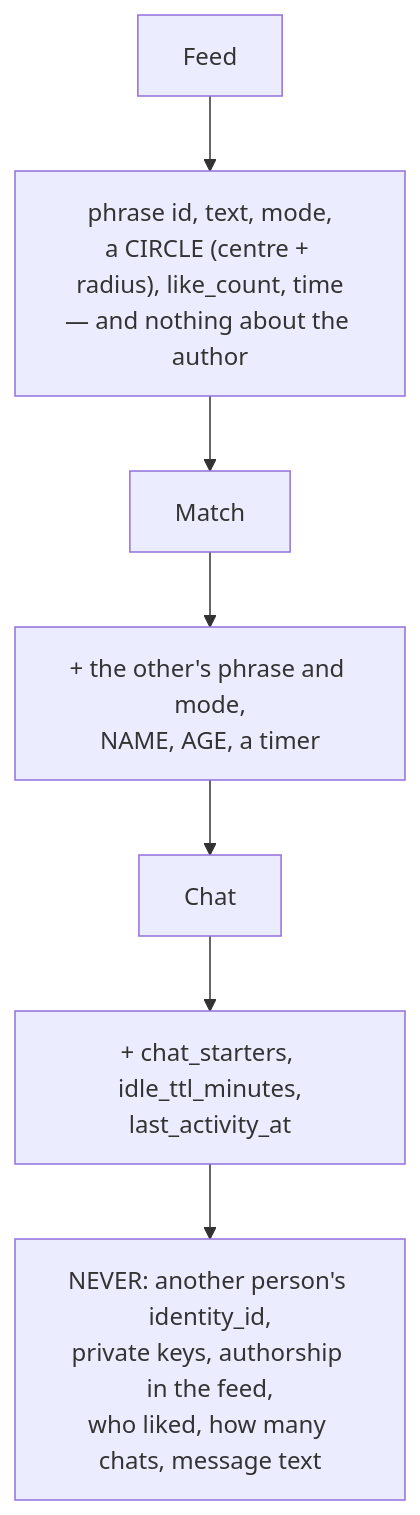
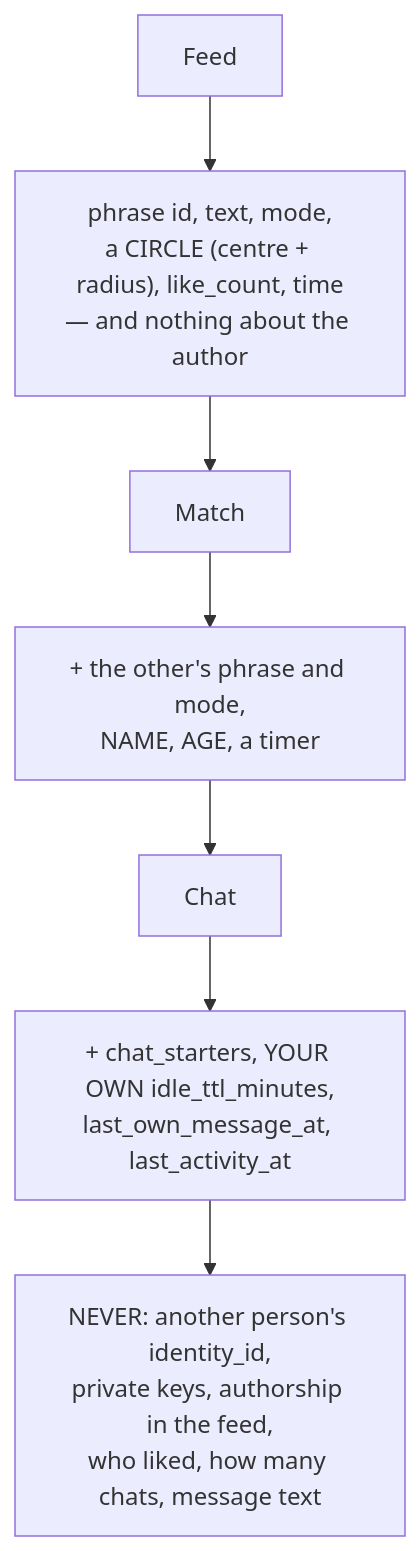
Before and after one commit to panov-id/xor.ad: diagram 29 of 30 in docs/chat-flows_EN.md, drawn with Mermaid. The commit also changed other lines of this file and 8 other files, not shown here.

````diff
--- a/docs/chat-flows_EN.md
+++ b/docs/chat-flows_EN.md
@@ -921,9 +949,9 @@
 ```mermaid
 flowchart TD
   L1["Feed"] --> L1d["phrase id, text, mode,<br/>a CIRCLE #40;centre + radius#41;, like_count, time<br/>— and nothing about the author"]
   L1d --> L2["Match"]
   L2 --> L2d["+ the other's phrase and mode,<br/>NAME, AGE, a timer"]
   L2d --> L3["Chat"]
-  L3 --> L3d["+ chat_starters, idle_ttl_minutes,<br/>last_activity_at"]
+  L3 --> L3d["+ chat_starters, YOUR OWN idle_ttl_minutes,<br/>last_own_message_at, last_activity_at"]
   L3d --> never["NEVER: another person's identity_id,<br/>private keys, authorship in the feed,<br/>who liked, how many chats, message text"]
 ```
````
